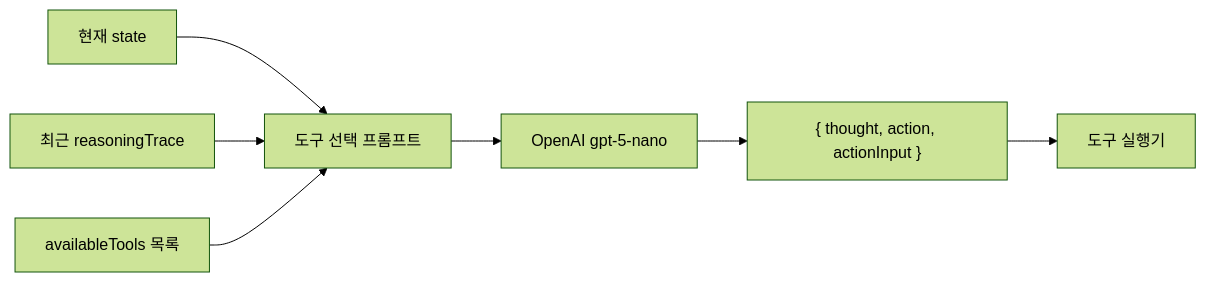
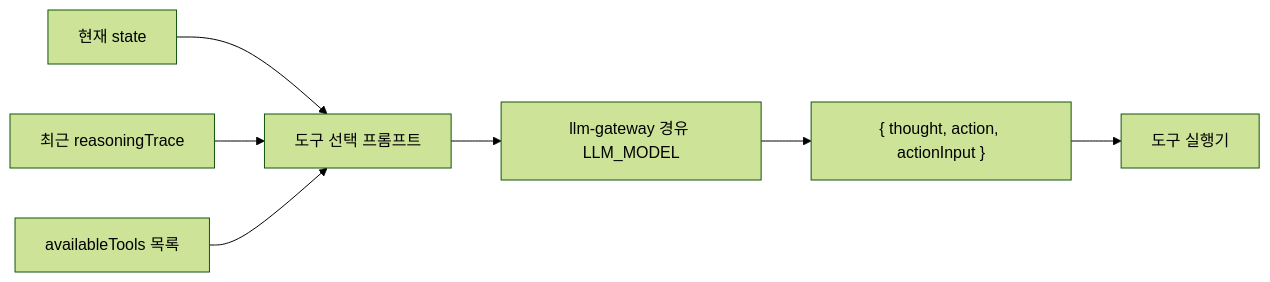
Before and after one commit to kjbddo/bitcomputer-emr: the sixth of 7 diagrams in Docs/04-ai-services-and-agents.md, drawn with Mermaid (forest theme). The commit also changed other lines of this file and 7 other files, not shown here.

````diff
--- a/Docs/04-ai-services-and-agents.md
+++ b/Docs/04-ai-services-and-agents.md
@@ -156,9 +156,9 @@
 ```mermaid
 flowchart LR
   State[현재 state] --> Prompt[도구 선택 프롬프트]
   Trace[최근 reasoningTrace] --> Prompt
   Tools[availableTools 목록] --> Prompt
-  Prompt --> OpenAI[OpenAI gpt-5-nano]
-  OpenAI --> Decision["{ thought, action, actionInput }"]
+  Prompt --> Gateway[llm-gateway 경유 LLM_MODEL]
+  Gateway --> Decision["{ thought, action, actionInput }"]
   Decision --> Executor[도구 실행기]
 ```
````
